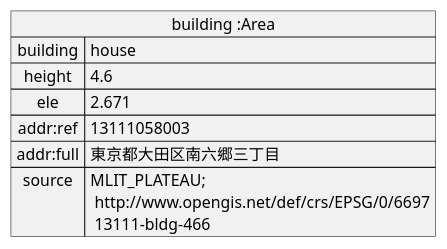
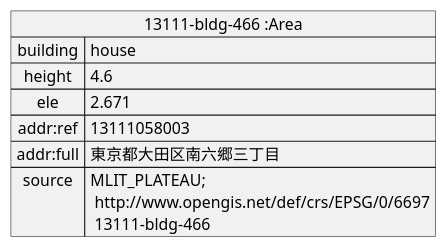
The diagram in doc/building/sample-a/sample-a-osm.pu (yuuhayashi/citygml-osm), drawn with PlantUML before and after one commit. The commit also changed 5 other files, not shown here.

```diff
--- a/doc/building/sample-a/sample-a-osm.pu
+++ b/doc/building/sample-a/sample-a-osm.pu
@@ -1,10 +1,10 @@
 @startuml
-map "building :Area" as building {
+map "13111-bldg-466 :Area" as building {
  building => house
  height => 4.6
  ele => 2.671
  addr:ref => 13111058003
  addr:full => 東京都大田区南六郷三丁目
  source => MLIT_PLATEAU;\n http://www.opengis.net/def/crs/EPSG/0/6697\n 13111-bldg-466
 }
 @enduml
```
